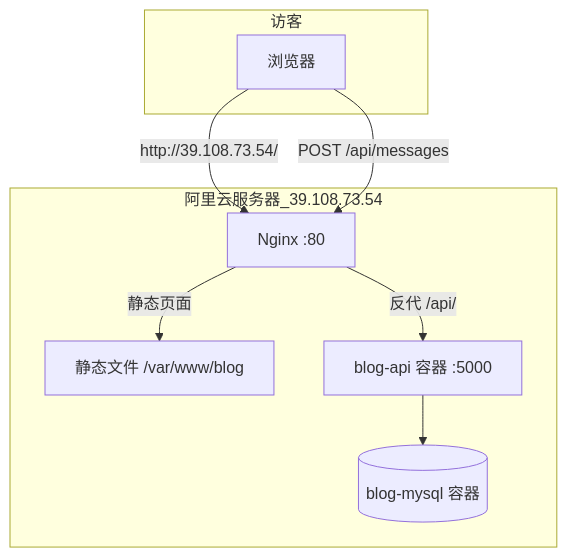
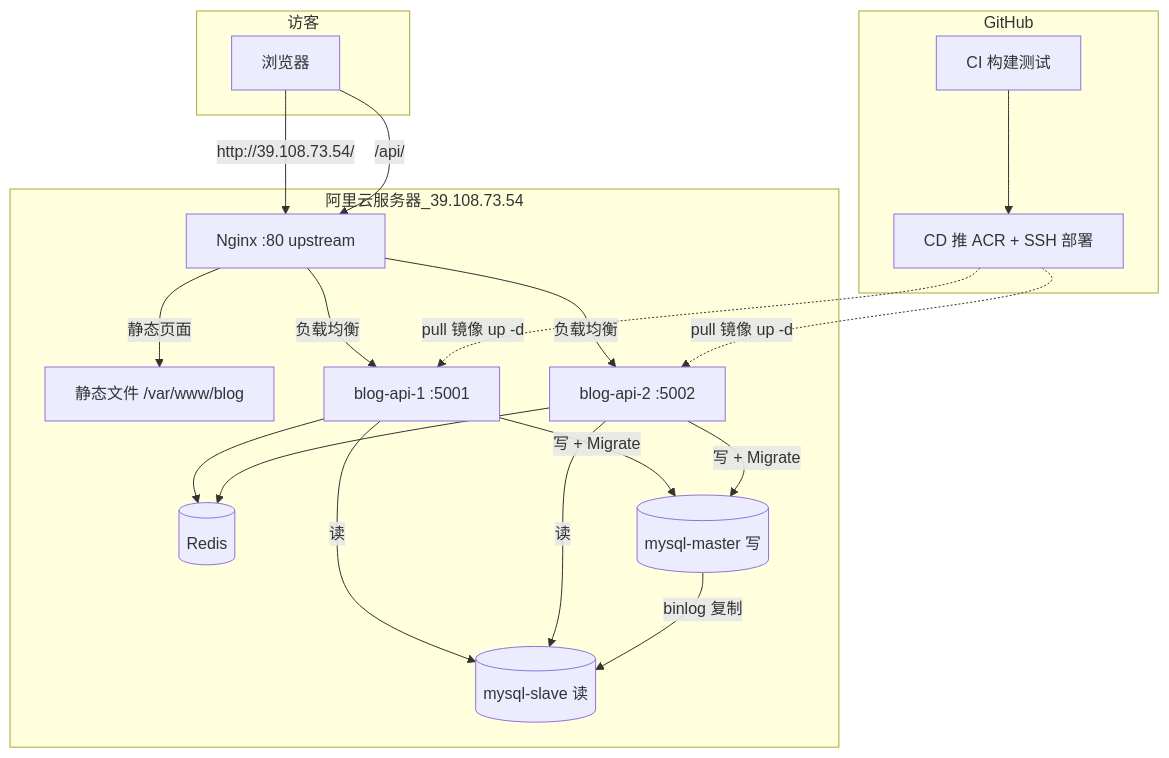
Before and after one commit to zhaochenglon/my-blog: the diagram in README.md, drawn with Mermaid. The commit also changed other lines of this file and 1 other file, not shown here.

````diff
--- a/README.md
+++ b/README.md
@@ -43,17 +48,34 @@
 ```mermaid
 flowchart TB
   subgraph 访客
     U[浏览器]
   end
+  subgraph GitHub
+    CI[CI 构建测试]
+    CD[CD 推 ACR + SSH 部署]
+    CI --> CD
+  end
   subgraph 阿里云服务器_39.108.73.54
-    N[Nginx :80]
+    N[Nginx :80 upstream]
     F[静态文件 /var/www/blog]
-    API[blog-api 容器 :5000]
-    DB[(blog-mysql 容器)]
+    A1[blog-api-1 :5001]
+    A2[blog-api-2 :5002]
+    R[(Redis)]
+    M[(mysql-master 写)]
+    S[(mysql-slave 读)]
   end
   U -->|http://39.108.73.54/| N
   N -->|静态页面| F
-  U -->|POST /api/messages| N
-  N -->|反代 /api/| API
-  API --> DB
+  U -->|/api/| N
+  N -->|负载均衡| A1
+  N -->|负载均衡| A2
+  A1 -->|写 + Migrate| M
+  A2 -->|写 + Migrate| M
+  A1 -->|读| S
+  A2 -->|读| S
+  A1 --> R
+  A2 --> R
+  M -->|binlog 复制| S
+  CD -.->|pull 镜像 up -d| A1
+  CD -.->|pull 镜像 up -d| A2
 ```
````
